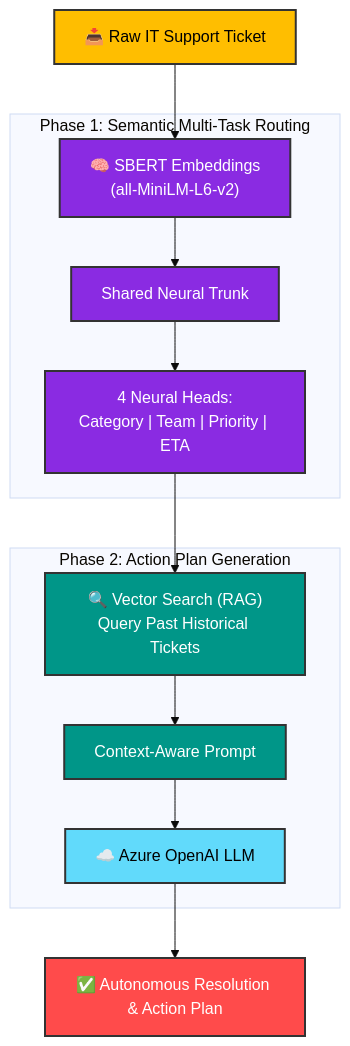
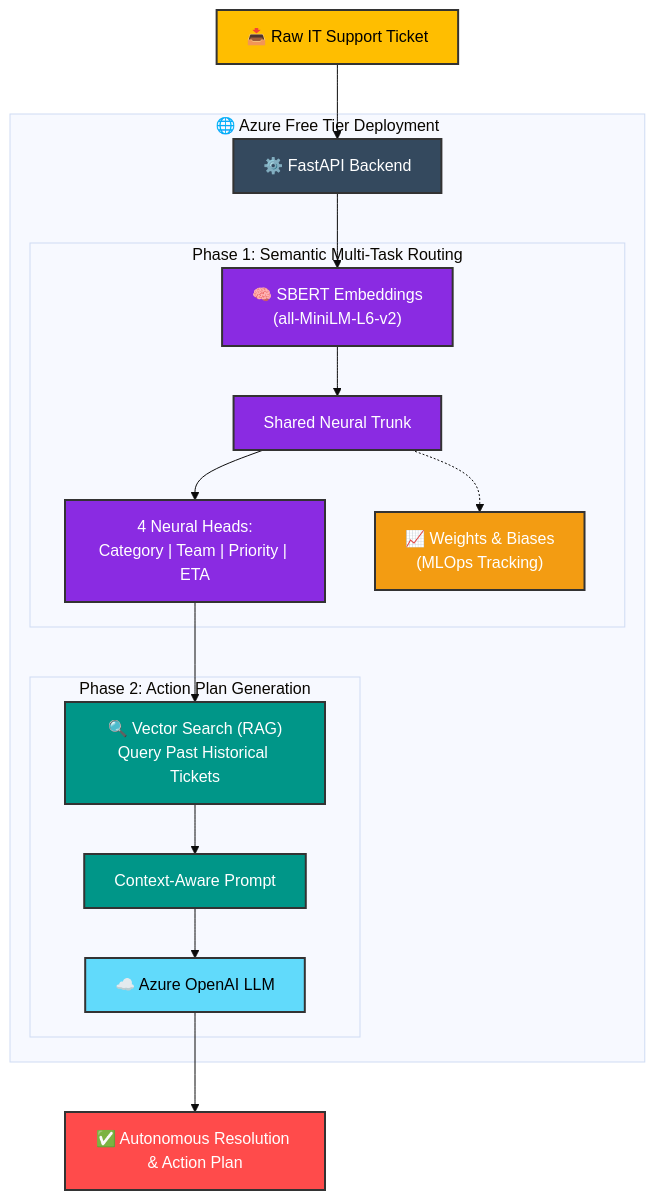
Before and after one commit to srinath2934/An-End-to-End-Semantic-AI-System-for-Automated-Support-Ticket-Handling: the first of 2 diagrams in README.md, drawn with Mermaid (base theme).

Commit message:
docs: integrate Azure and Weights & Biases into architecture

````diff
--- a/README.md
+++ b/README.md
@@ -33,24 +33,31 @@
 ```mermaid
 graph TD
     %% Styling
     classDef input fill:#FFBE00,stroke:#333,stroke-width:2px,color:#000
     classDef ml fill:#8A2BE2,stroke:#333,stroke-width:2px,color:#fff
     classDef rag fill:#009688,stroke:#333,stroke-width:2px,color:#fff
     classDef llm fill:#61DAFB,stroke:#333,stroke-width:2px,color:#000
+    classDef ops fill:#f39c12,stroke:#333,stroke-width:2px,color:#fff
+    classDef deploy fill:#34495e,stroke:#333,stroke-width:2px,color:#fff
     classDef output fill:#FF4B4B,stroke:#333,stroke-width:2px,color:#fff
 
-    Ticket["📥 Raw IT Support Ticket"]:::input --> SBERT
+    Ticket["📥 Raw IT Support Ticket"]:::input --> API
     
-    subgraph Phase1 [Phase 1: Semantic Multi-Task Routing]
-        SBERT["🧠 SBERT Embeddings<br/>(all-MiniLM-L6-v2)"]:::ml --> Trunk["Shared Neural Trunk"]:::ml
-        Trunk --> Heads["4 Neural Heads:<br/>Category | Team | Priority | ETA"]:::ml
-    end
-    
-    subgraph Phase2 [Phase 2: Action Plan Generation]
-        Heads --> Search["🔍 Vector Search (RAG)<br/>Query Past Historical Tickets"]:::rag
-        Search --> Prompt["Context-Aware Prompt"]:::rag
-        Prompt --> Azure["☁️ Azure OpenAI LLM"]:::llm
+    subgraph Cloud [🌐 Azure Free Tier Deployment]
+        API["⚙️ FastAPI Backend"]:::deploy --> SBERT
+
+        subgraph Phase1 [Phase 1: Semantic Multi-Task Routing]
+            SBERT["🧠 SBERT Embeddings<br/>(all-MiniLM-L6-v2)"]:::ml --> Trunk["Shared Neural Trunk"]:::ml
+            Trunk --> Heads["4 Neural Heads:<br/>Category | Team | Priority | ETA"]:::ml
+            Trunk -.-> WandB["📈 Weights & Biases<br/>(MLOps Tracking)"]:::ops
+        end
+        
+        subgraph Phase2 [Phase 2: Action Plan Generation]
+            Heads --> Search["🔍 Vector Search (RAG)<br/>Query Past Historical Tickets"]:::rag
+            Search --> Prompt["Context-Aware Prompt"]:::rag
+            Prompt --> OpenAI["☁️ Azure OpenAI LLM"]:::llm
+        end
     end
 
-    Azure --> Final["✅ Autonomous Resolution & Action Plan"]:::output
+    OpenAI --> Final["✅ Autonomous Resolution & Action Plan"]:::output
 ```
````
